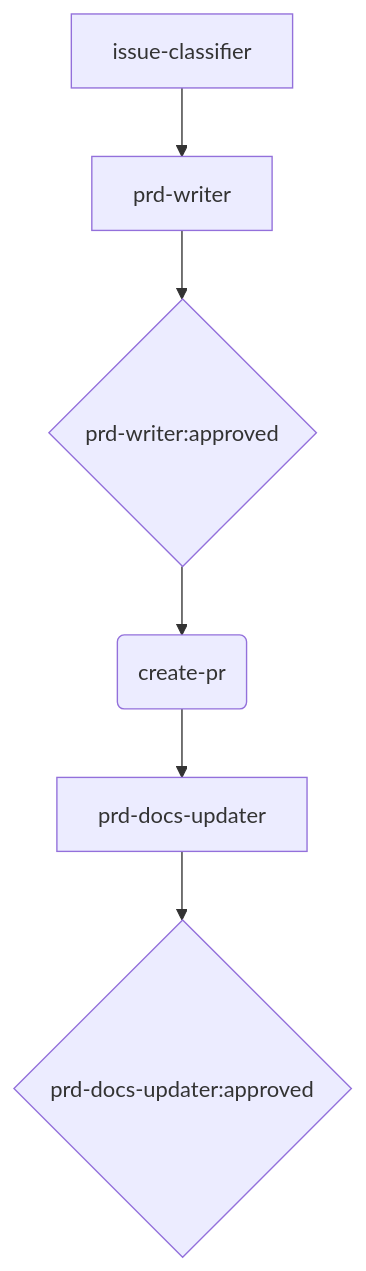
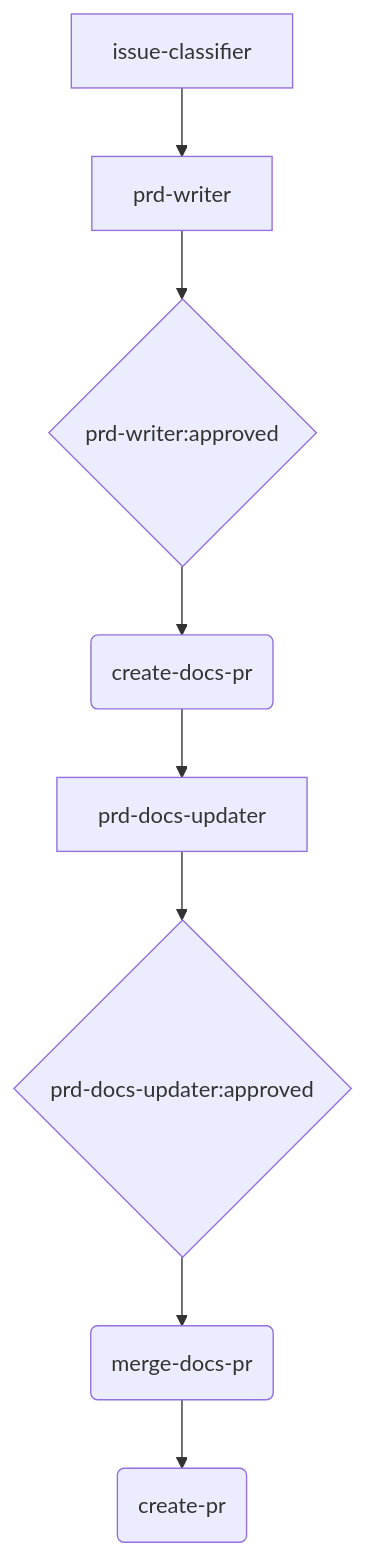
The diagram in docs/product/orchestrator/generated/phases/01_product_docs.mmd (M-A-Operating-System/ai-coding-standards2), drawn with Mermaid before and after one commit. The commit also changed 1 other file, not shown here.

Commit message:
chore: regenerate pipeline diagrams

```diff
--- a/docs/product/orchestrator/generated/phases/01_product_docs.mmd
+++ b/docs/product/orchestrator/generated/phases/01_product_docs.mmd
@@ -1,12 +1,16 @@
 flowchart TD
     n_01_product_docs__issue_classifier["issue-classifier"]
     n_01_product_docs__prd_writer["prd-writer"]
+    n_01_product_docs__create_docs_pr("create-docs-pr")
     n_01_product_docs__create_pr("create-pr")
     n_01_product_docs__prd_docs_updater["prd-docs-updater"]
+    n_01_product_docs__merge_docs_pr("merge-docs-pr")
     gate__n_01_product_docs__prd_writer{"prd-writer:approved"}
     gate__n_01_product_docs__prd_docs_updater{"prd-docs-updater:approved"}
     n_01_product_docs__prd_writer --> gate__n_01_product_docs__prd_writer
     n_01_product_docs__prd_docs_updater --> gate__n_01_product_docs__prd_docs_updater
     n_01_product_docs__issue_classifier --> n_01_product_docs__prd_writer
-    gate__n_01_product_docs__prd_writer --> n_01_product_docs__create_pr
-    n_01_product_docs__create_pr --> n_01_product_docs__prd_docs_updater
+    gate__n_01_product_docs__prd_writer --> n_01_product_docs__create_docs_pr
+    n_01_product_docs__merge_docs_pr --> n_01_product_docs__create_pr
+    n_01_product_docs__create_docs_pr --> n_01_product_docs__prd_docs_updater
+    gate__n_01_product_docs__prd_docs_updater --> n_01_product_docs__merge_docs_pr
```
